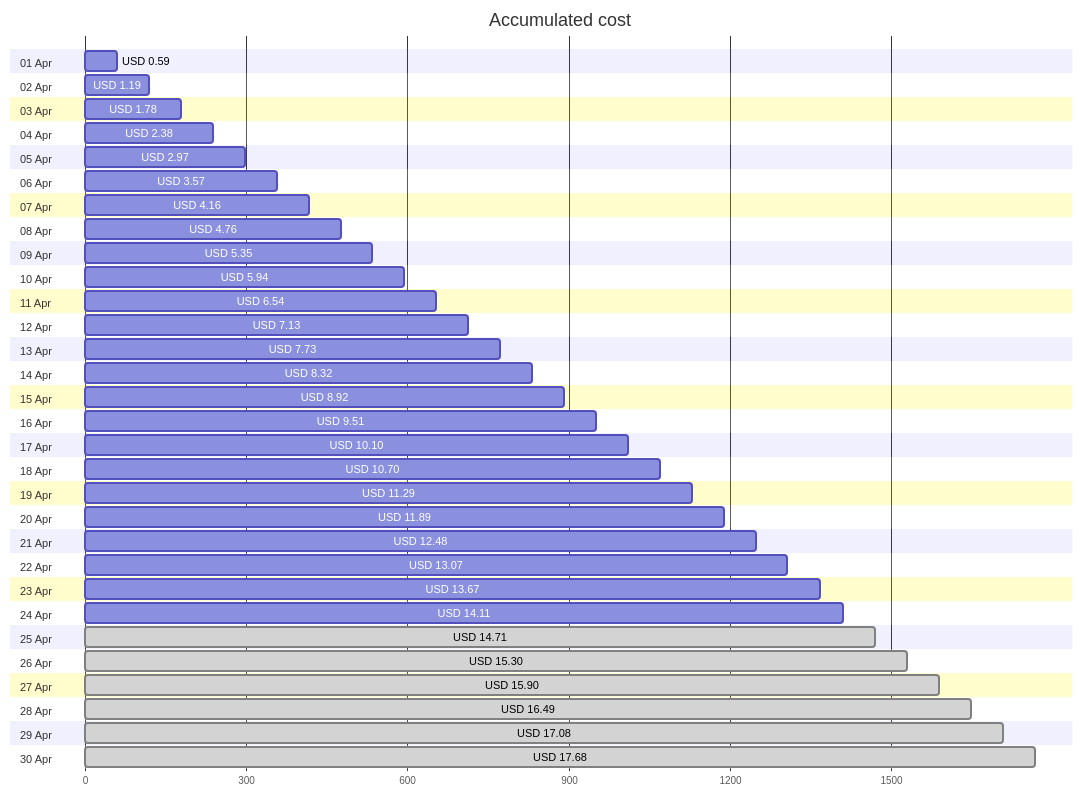
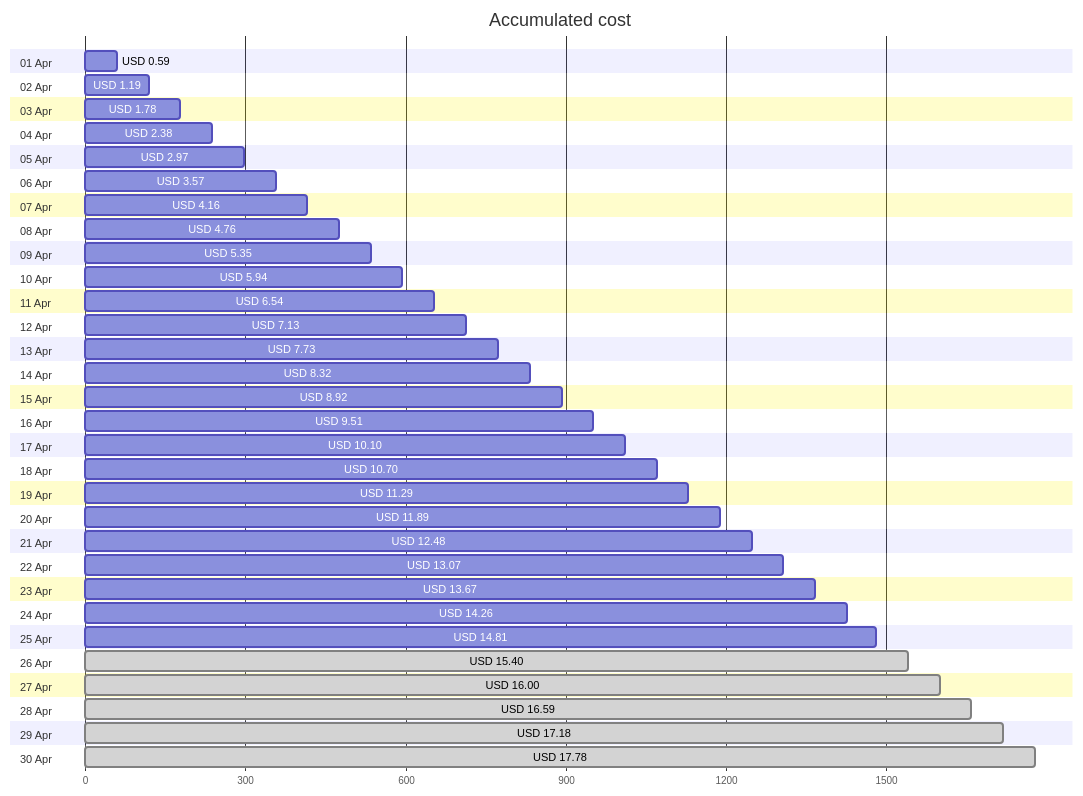
The first of 4 diagrams in cost-reports/personal-site/README.md (jpfulton/azure-personal-reports), drawn with Mermaid before and after one commit. The commit also changed other lines of this file and 7 other files, not shown here.

````diff
--- a/cost-reports/personal-site/README.md
+++ b/cost-reports/personal-site/README.md
@@ -20,66 +20,66 @@
 ```mermaid
 gantt
    title Accumulated cost
    dateFormat  X
    axisFormat %s
    section 01 Apr
    USD 0.59 :0, 59
    section 02 Apr
    USD 1.19 :0, 119
    section 03 Apr
    USD 1.78 :0, 178
    section 04 Apr
    USD 2.38 :0, 238
    section 05 Apr
    USD 2.97 :0, 297
    section 06 Apr
    USD 3.57 :0, 357
    section 07 Apr
    USD 4.16 :0, 416
    section 08 Apr
    USD 4.76 :0, 476
    section 09 Apr
    USD 5.35 :0, 535
    section 10 Apr
    USD 5.94 :0, 594
    section 11 Apr
    USD 6.54 :0, 654
    section 12 Apr
    USD 7.13 :0, 713
    section 13 Apr
    USD 7.73 :0, 773
    section 14 Apr
    USD 8.32 :0, 832
    section 15 Apr
    USD 8.92 :0, 892
    section 16 Apr
    USD 9.51 :0, 951
    section 17 Apr
    USD 10.10 :0, 1010
    section 18 Apr
    USD 10.70 :0, 1070
    section 19 Apr
    USD 11.29 :0, 1129
    section 20 Apr
    USD 11.89 :0, 1189
    section 21 Apr
    USD 12.48 :0, 1248
    section 22 Apr
    USD 13.07 :0, 1307
    section 23 Apr
    USD 13.67 :0, 1367
    section 24 Apr
-   USD 14.11 :0, 1411
+   USD 14.26 :0, 1426
    section 25 Apr
-   USD 14.71 : done, 0, 1471
+   USD 14.81 :0, 1481
    section 26 Apr
-   USD 15.30 : done, 0, 1530
+   USD 15.40 : done, 0, 1540
    section 27 Apr
-   USD 15.90 : done, 0, 1590
+   USD 16.00 : done, 0, 1600
    section 28 Apr
-   USD 16.49 : done, 0, 1649
+   USD 16.59 : done, 0, 1659
    section 29 Apr
-   USD 17.08 : done, 0, 1708
+   USD 17.18 : done, 0, 1718
    section 30 Apr
-   USD 17.68 : done, 0, 1768
+   USD 17.78 : done, 0, 1778
 ```
````
